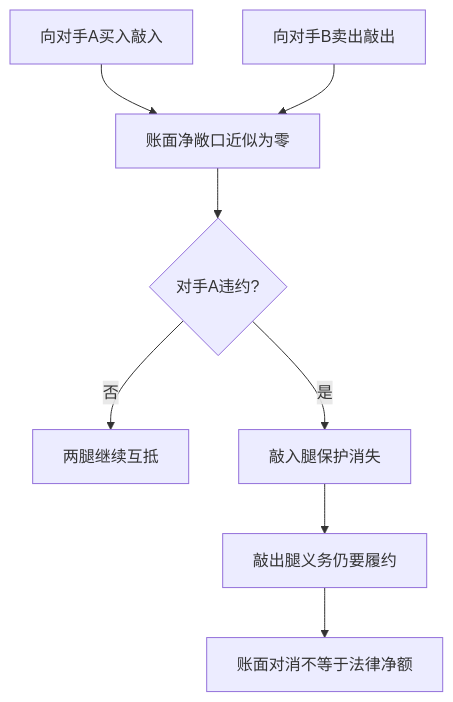
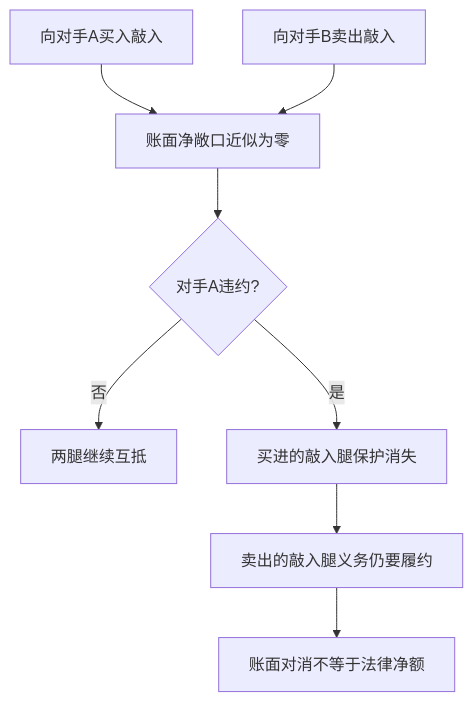
Before and after one commit to xhongduo-tech/xhongduo-tech.github.io: the second of 2 diagrams in docs/quant/ot-barrier-portfolios.md, drawn with Mermaid. The commit also changed 3 other files, not shown here.

````diff
--- a/docs/quant/ot-barrier-portfolios.md
+++ b/docs/quant/ot-barrier-portfolios.md
@@ -53,10 +53,10 @@
 ```mermaid
 flowchart TD
   KI["向对手A买入敲入"] --> P["账面净敞口近似为零"]
-  KO["向对手B卖出敲出"] --> P
+  KO["向对手B卖出敲入"] --> P
   P --> Q{"对手A违约?"}
   Q -->|"否"| OK["两腿继续互抵"]
-  Q -->|"是"| L1["敲入腿保护消失"]
-  L1 --> EXP["敲出腿义务仍要履约"]
+  Q -->|"是"| L1["买进的敲入腿保护消失"]
+  L1 --> EXP["卖出的敲入腿义务仍要履约"]
   EXP --> NET["账面对消不等于法律净额"]
 ```
````
